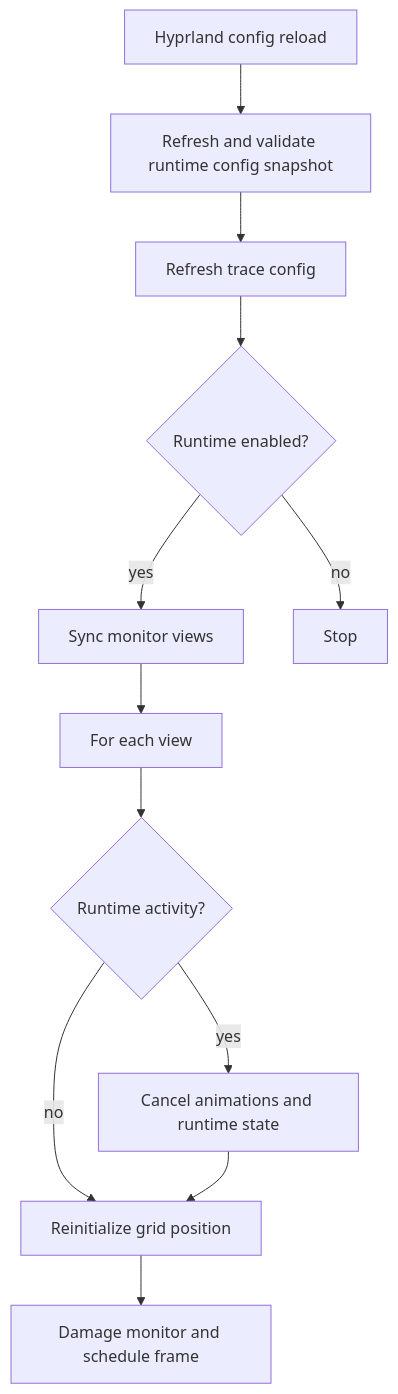
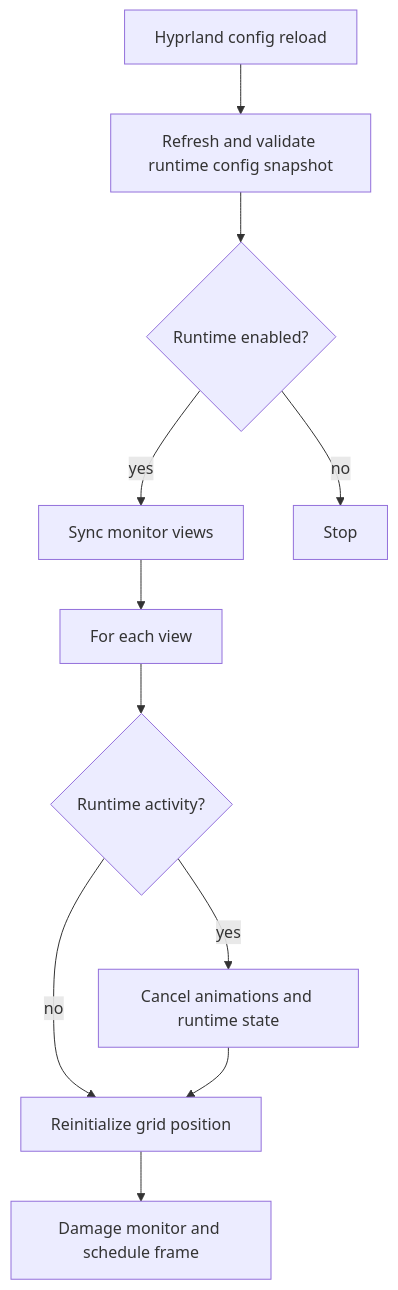
One commit to douglas/hyprtasking changed the second of 2 diagrams in docs/architecture.md. Above: the diagram before and after it, drawn with Mermaid. The commit also changed other lines of this file, not shown here.

First line of the commit message:
Drop the duplicate release gate diagram from architecture

````diff
--- a/docs/architecture.md
+++ b/docs/architecture.md
@@ -62,25 +62,23 @@
 ```mermaid
 flowchart TD
     reload[Hyprland config reload]
     validate[Refresh and validate runtime config snapshot]
-    trace[Refresh trace config]
     manager{Runtime enabled?}
     monitors[Sync monitor views]
     each[For each view]
     active{Runtime activity?}
     cancel[Cancel animations and runtime state]
     position[Reinitialize grid position]
     damage[Damage monitor and schedule frame]
 
     reload --> validate
-    validate --> trace
-    trace --> manager
+    validate --> manager
     manager -- no --> done[Stop]
     manager -- yes --> monitors
     monitors --> each
     each --> active
     active -- yes --> cancel
     active -- no --> position
     cancel --> position
     position --> damage
 ```
````
